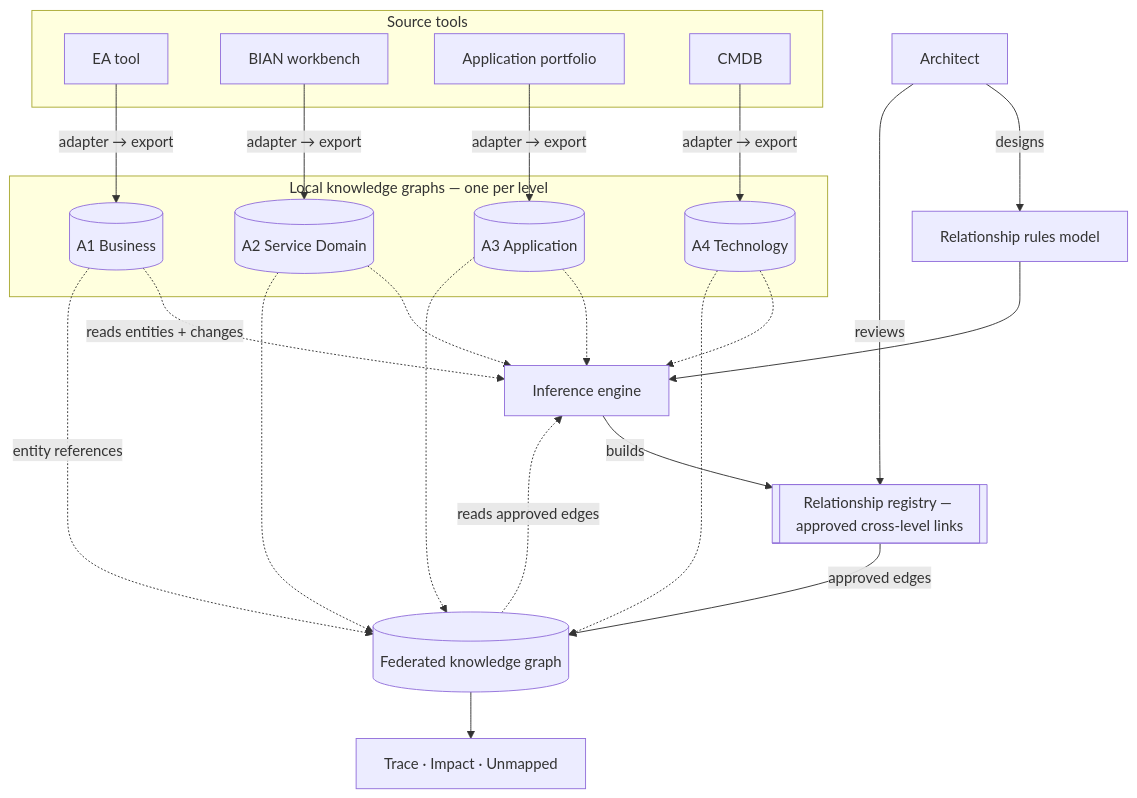
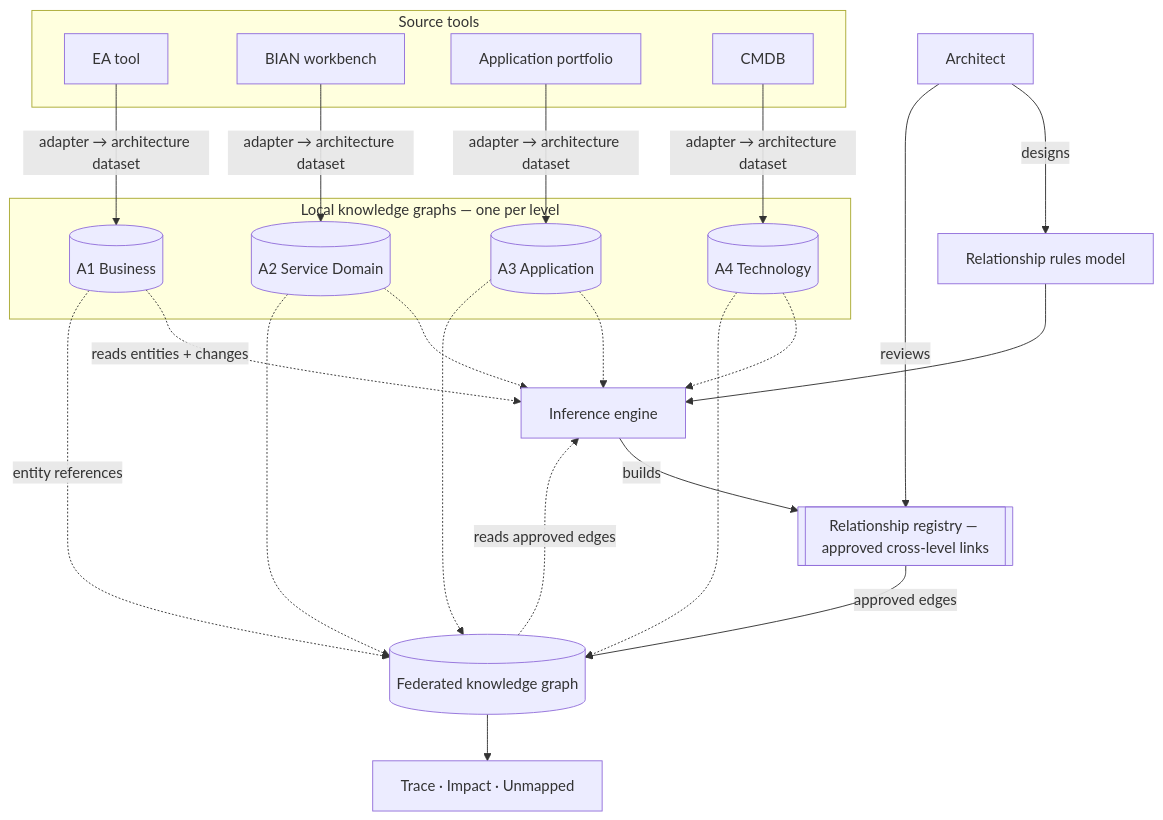
The first of 2 diagrams in docs/knowledge-graph-spec.md (taumoeps/bian-sdem-framework), drawn with Mermaid before and after one commit. The commit also changed other lines of this file and 110 other files, not shown here.

````diff
--- a/docs/knowledge-graph-spec.md
+++ b/docs/knowledge-graph-spec.md
@@ -13,37 +13,37 @@
 ```mermaid
 flowchart TB
     subgraph SOURCES[Source tools]
       T1[EA tool]
       T2[BIAN workbench]
       T3[Application portfolio]
       T4[CMDB]
     end
     subgraph LOCAL[Local knowledge graphs — one per level]
       L1[(A1 Business)]
       L2[(A2 Service Domain)]
       L3[(A3 Application)]
       L4[(A4 Technology)]
     end
     MD[[Relationship registry — approved cross-level links]]
     FED[(Federated knowledge graph)]
     Q[Trace · Impact · Unmapped]
-    T1 -->|adapter → export| L1
-    T2 -->|adapter → export| L2
-    T3 -->|adapter → export| L3
-    T4 -->|adapter → export| L4
+    T1 -->|adapter → architecture dataset| L1
+    T2 -->|adapter → architecture dataset| L2
+    T3 -->|adapter → architecture dataset| L3
+    T4 -->|adapter → architecture dataset| L4
     MMOD[Relationship rules model] --> ENG
     ARCH[Architect] -->|designs| MMOD
     ENG[Inference engine] -->|builds| MD
     ARCH -->|reviews| MD
     L1 -.->|reads entities + changes| ENG
     L2 -.-> ENG
     L3 -.-> ENG
     L4 -.-> ENG
     FED -.->|reads approved edges| ENG
     L1 -.->|entity references| FED
     L2 -.-> FED
     L3 -.-> FED
     L4 -.-> FED
     MD -->|approved edges| FED
     FED --> Q
 ```
````
